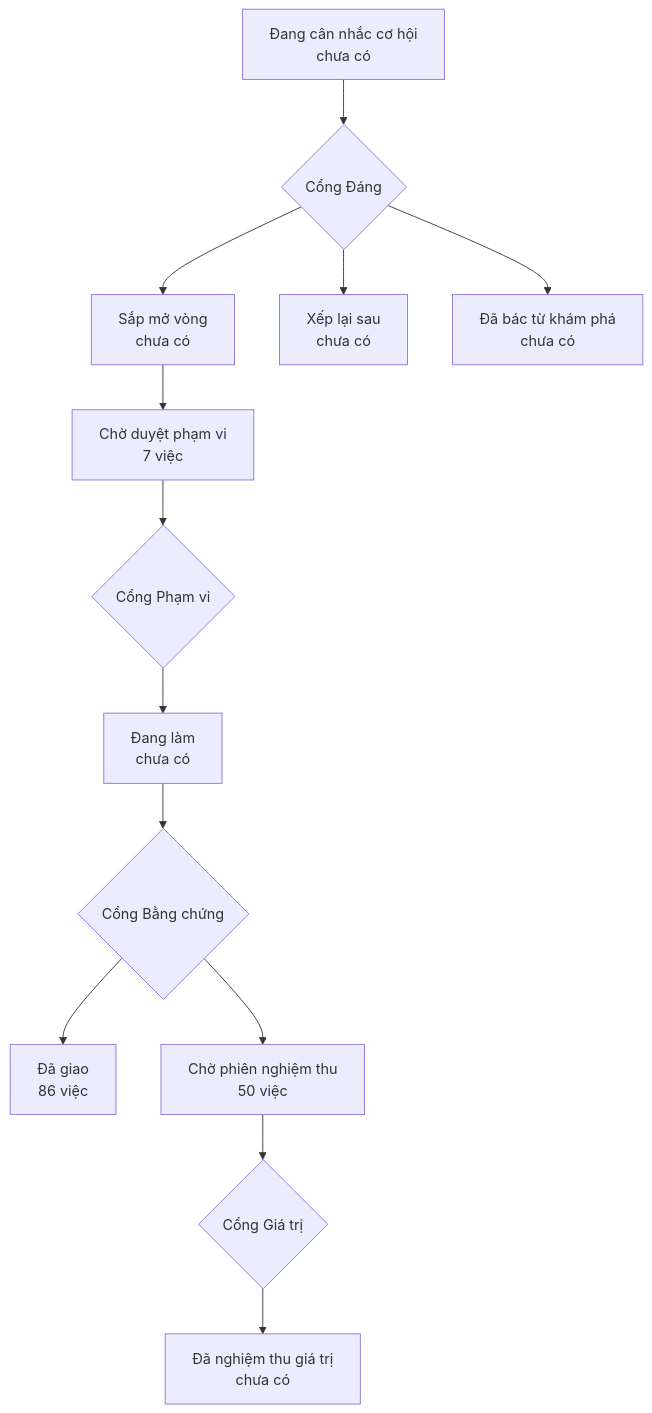
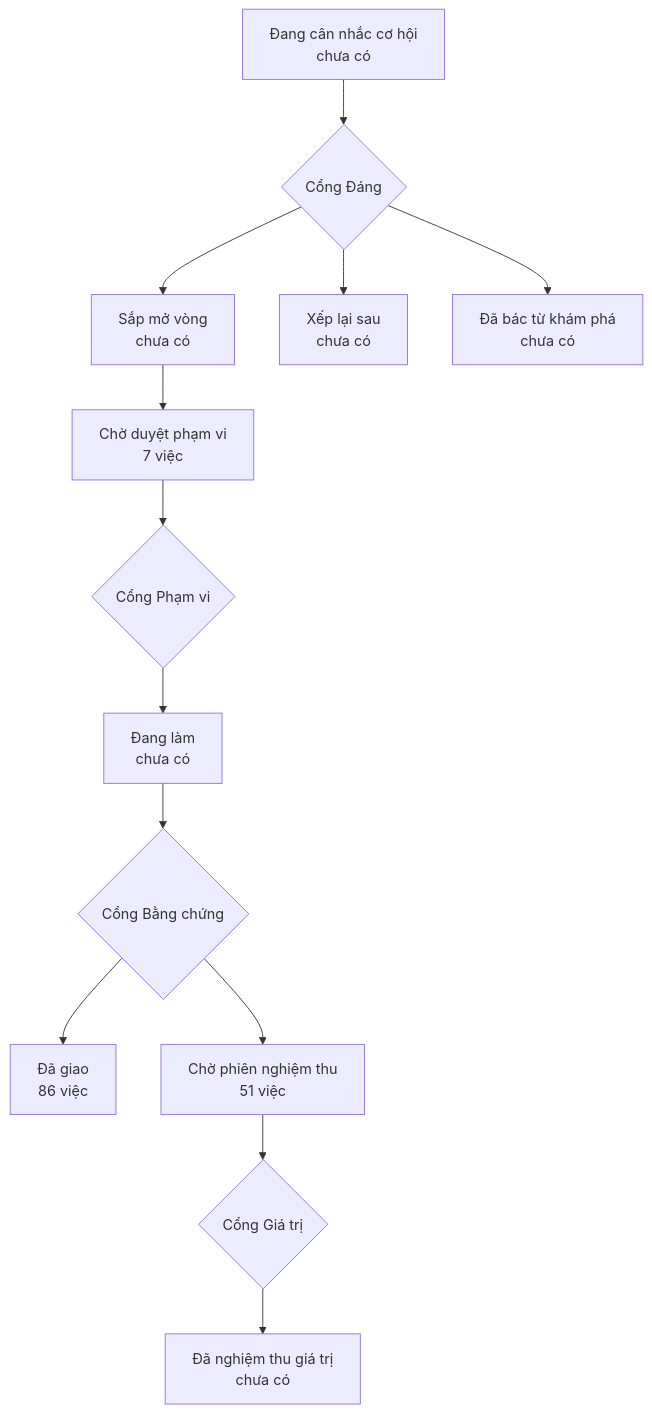
Before and after one commit to phanlemanh/onehub-invest: the diagram in PRODUCT-MAP.md, drawn with Mermaid. The commit also changed other lines of this file and 42 other files, not shown here.

````diff
--- a/PRODUCT-MAP.md
+++ b/PRODUCT-MAP.md
@@ -7,12 +7,12 @@
 ```mermaid
 flowchart TD
   A["Đang cân nhắc cơ hội<br/>chưa có"] --> GD{"Cổng Đáng"}
   GD --> B["Sắp mở vòng<br/>chưa có"]
   GD --> XL["Xếp lại sau<br/>chưa có"]
   GD --> DB["Đã bác từ khám phá<br/>chưa có"]
   B --> CD["Chờ duyệt phạm vi<br/>7 việc"] --> GP{"Cổng Phạm vi"}
   GP --> DL["Đang làm<br/>chưa có"] --> GB{"Cổng Bằng chứng"}
   GB --> DG["Đã giao<br/>86 việc"]
-  GB --> CN["Chờ phiên nghiệm thu<br/>50 việc"] --> GG{"Cổng Giá trị"}
+  GB --> CN["Chờ phiên nghiệm thu<br/>51 việc"] --> GG{"Cổng Giá trị"}
   GG --> NT["Đã nghiệm thu giá trị<br/>chưa có"]
 ```
````
